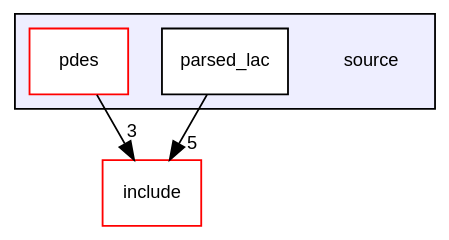
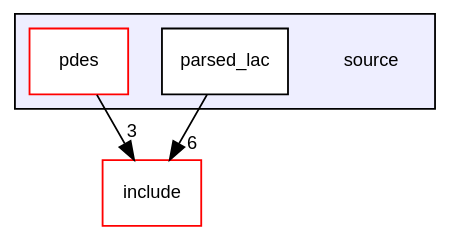
Before and after one commit to luca-heltai/fsi-suite: the diagram in dir_b2f33c71d4aa5e7af42a1ca61ff5af1b_dep.dot, drawn with Graphviz. The commit also changed 500 other files, not shown here.

```diff
--- a/dir_b2f33c71d4aa5e7af42a1ca61ff5af1b_dep.dot
+++ b/dir_b2f33c71d4aa5e7af42a1ca61ff5af1b_dep.dot
@@ -1,15 +1,15 @@
 digraph "source" {
   bgcolor=transparent;
   compound=true
   node [ fontsize="10", fontname="Helvetica"];
   edge [ labelfontsize="10", labelfontname="Helvetica"];
   subgraph clusterdir_b2f33c71d4aa5e7af42a1ca61ff5af1b {
     graph [ bgcolor="#eeeeff", pencolor="black", label="" URL="dir_b2f33c71d4aa5e7af42a1ca61ff5af1b.html"];
     dir_b2f33c71d4aa5e7af42a1ca61ff5af1b [shape=plaintext label="source"];
     dir_391f36ef54c6909ec58be9eca8862451 [shape=box label="parsed_lac" color="black" fillcolor="white" style="filled" URL="dir_391f36ef54c6909ec58be9eca8862451.html"];
     dir_863924b7d266e6f7561da03323982265 [shape=box label="pdes" color="red" fillcolor="white" style="filled" URL="dir_863924b7d266e6f7561da03323982265.html"];
   }
   dir_d44c64559bbebec7f509842c48db8b23 [shape=box label="include" color="red" URL="dir_d44c64559bbebec7f509842c48db8b23.html"];
   dir_863924b7d266e6f7561da03323982265->dir_d44c64559bbebec7f509842c48db8b23 [headlabel="3", labeldistance=1.5 headhref="dir_000009_000002.html"];
-  dir_391f36ef54c6909ec58be9eca8862451->dir_d44c64559bbebec7f509842c48db8b23 [headlabel="5", labeldistance=1.5 headhref="dir_000008_000002.html"];
+  dir_391f36ef54c6909ec58be9eca8862451->dir_d44c64559bbebec7f509842c48db8b23 [headlabel="6", labeldistance=1.5 headhref="dir_000008_000002.html"];
 }
```
